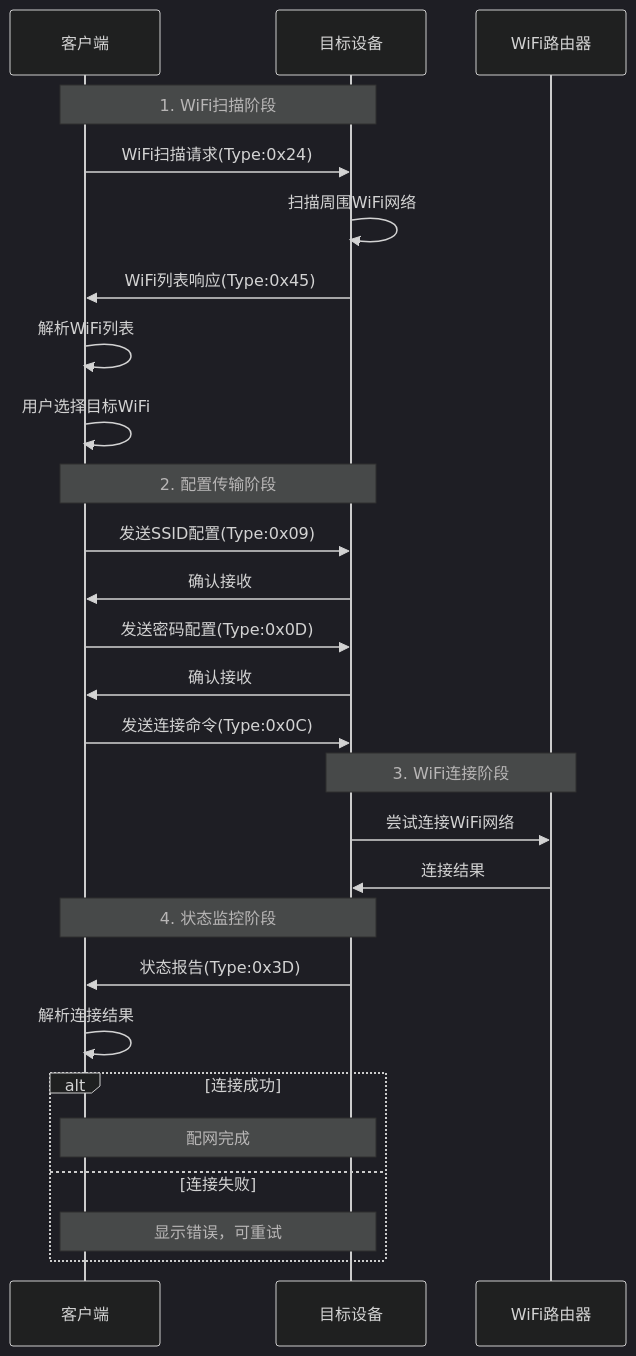
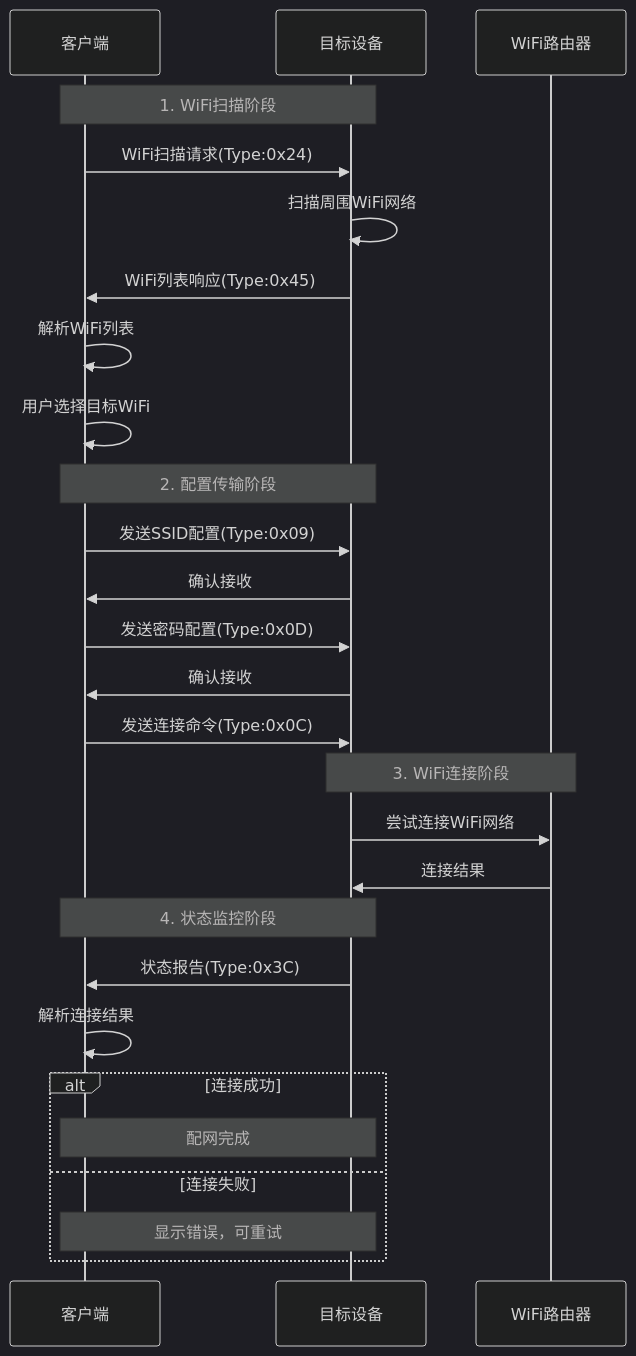
Before and after one commit to qiniu/Xrobot-docs: the third of 10 diagrams in docs/xrobot/platform/blufi-config.md, drawn with Mermaid (dark theme). The commit also changed other lines of this file and 1 other file, not shown here.

````diff
--- a/docs/xrobot/platform/blufi-config.md
+++ b/docs/xrobot/platform/blufi-config.md
@@ -336,34 +108,34 @@
 ```mermaid
 sequenceDiagram
     participant C as 客户端
     participant D as 目标设备
     participant W as WiFi路由器
     
     Note over C,D: 1. WiFi扫描阶段
     C->>D: WiFi扫描请求(Type:0x24)
     D->>D: 扫描周围WiFi网络
     D->>C: WiFi列表响应(Type:0x45)
     C->>C: 解析WiFi列表
     C->>C: 用户选择目标WiFi
     
     Note over C,D: 2. 配置传输阶段
     C->>D: 发送SSID配置(Type:0x09)
     D->>C: 确认接收
     C->>D: 发送密码配置(Type:0x0D)
     D->>C: 确认接收
     C->>D: 发送连接命令(Type:0x0C)
     
     Note over D,W: 3. WiFi连接阶段
     D->>W: 尝试连接WiFi网络
     W->>D: 连接结果
     
     Note over C,D: 4. 状态监控阶段
-    D->>C: 状态报告(Type:0x3D)
+    D->>C: 状态报告(Type:0x3C)
     C->>C: 解析连接结果
     
     alt 连接成功
         Note over C,D: 配网完成
     else 连接失败
         Note over C,D: 显示错误，可重试
     end
 ```
````
